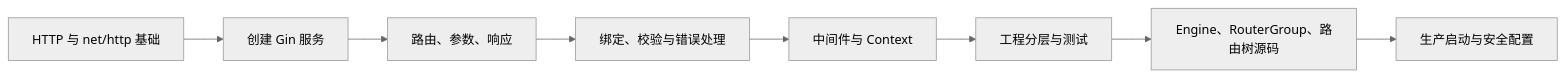
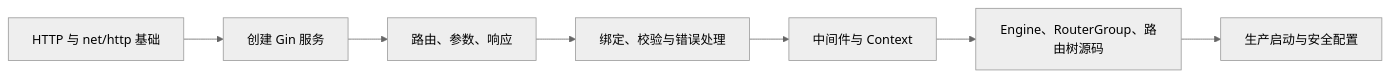
One commit to zzxrepository/gocode changed the first of 3 diagrams in src/backend/go/frameworks-and-ecosystem/01-web-frameworks/01-gin.md. Above: the diagram before and after it, drawn with Mermaid (neutral theme). The commit also changed other lines of this file and 9 other files, not shown here.

```diff
--- a/src/backend/go/frameworks-and-ecosystem/01-web-frameworks/01-gin.md
+++ b/src/backend/go/frameworks-and-ecosystem/01-web-frameworks/01-gin.md
@@ -33,10 +35,9 @@
 ~~~mermaid
 flowchart LR
     A[HTTP 与 net/http 基础] --> B[创建 Gin 服务]
     B --> C[路由、参数、响应]
     C --> D[绑定、校验与错误处理]
     D --> E[中间件与 Context]
-    E --> F[工程分层与测试]
-    F --> G[Engine、RouterGroup、路由树源码]
-    G --> H[生产启动与安全配置]
+    E --> F[Engine、RouterGroup、路由树源码]
+    F --> G[生产启动与安全配置]
 ~~~
```
